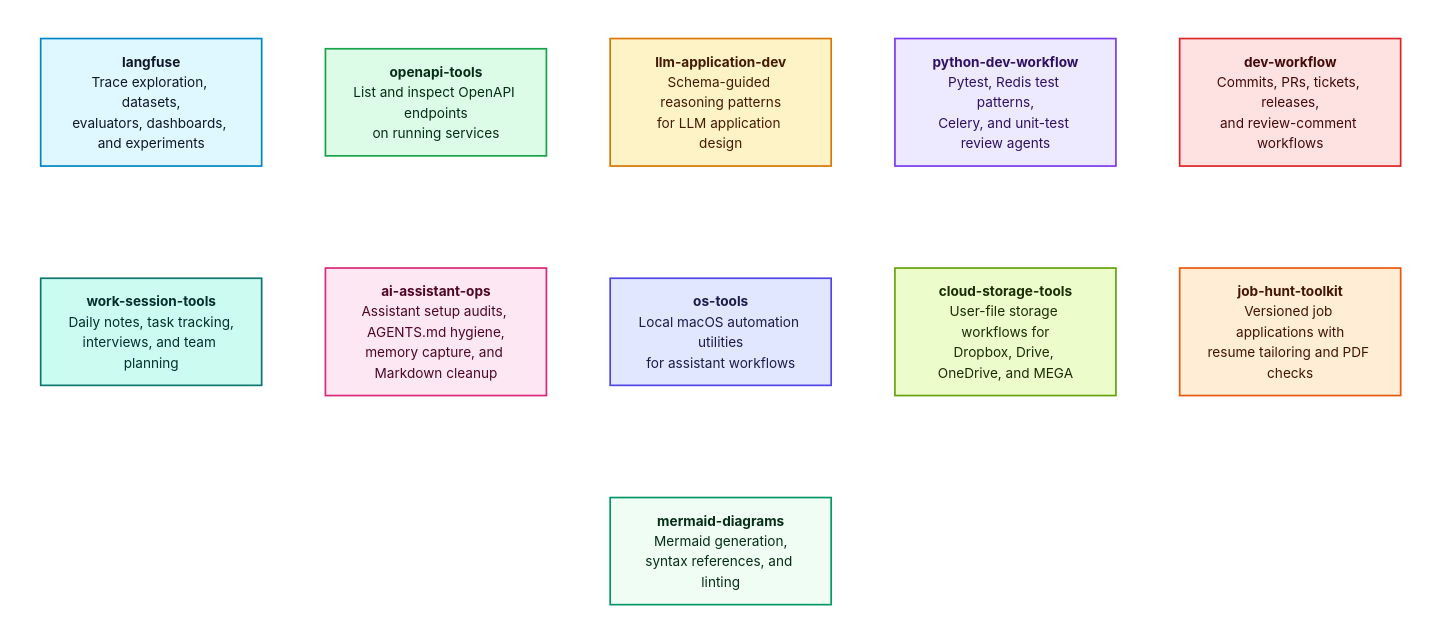
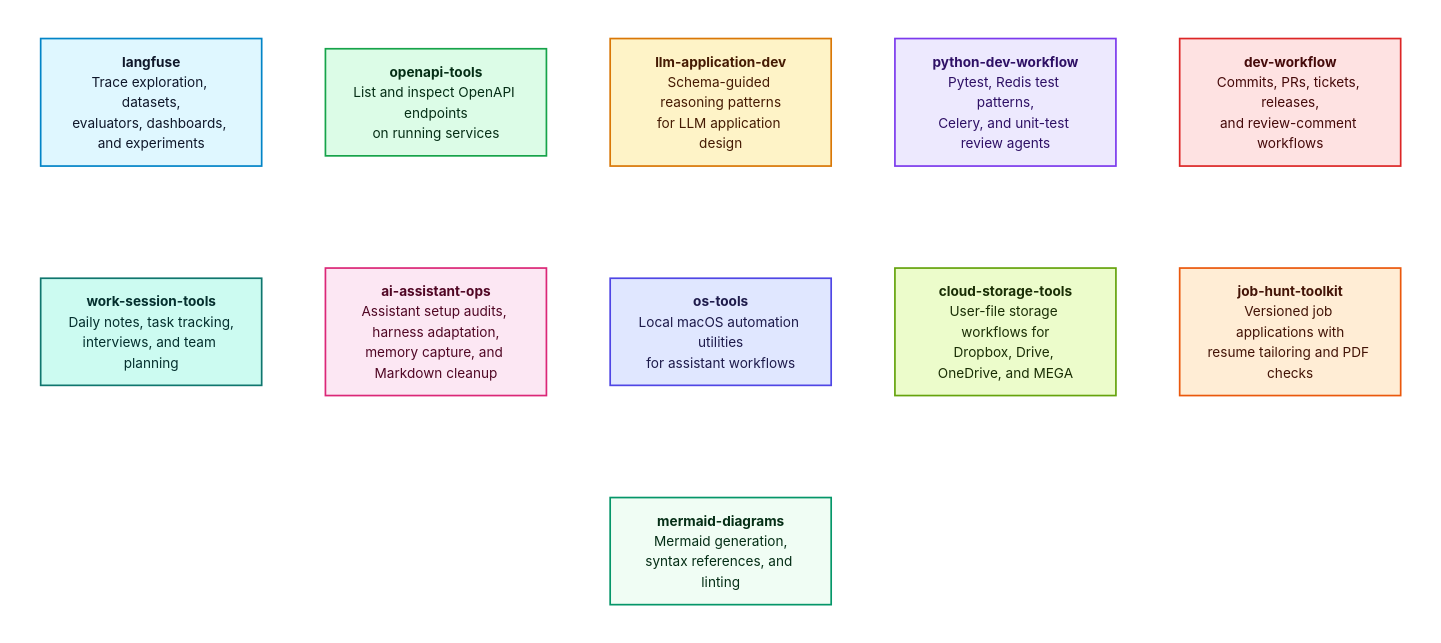
One commit to Alex-Kopylov/zweihander changed the diagram in README.md. Above: the diagram before and after it, drawn with Mermaid. The commit also changed other lines of this file and 12 other files, not shown here.

Commit message:
feat: add AI assistant harness adaptation skill

````diff
--- a/README.md
+++ b/README.md
@@ -82,68 +82,68 @@
 ```mermaid
 flowchart TB
 
 subgraph RowOne[" "]
   direction LR
   Langfuse["`**langfuse**
   Trace exploration, datasets,
   evaluators, dashboards, and experiments`"]:::langfuse
   OpenAPITools["`**openapi-tools**
   List and inspect OpenAPI endpoints
   on running services`"]:::openapi
   LLMApplicationDev["`**llm-application-dev**
   Schema-guided reasoning patterns
   for LLM application design`"]:::llm
   PythonDevWorkflow["`**python-dev-workflow**
   Pytest, Redis test patterns,
   Celery, and unit-test review agents`"]:::python
   DevWorkflow["`**dev-workflow**
   Commits, PRs, tickets, releases,
   and review-comment workflows`"]:::dev
 end
 
 subgraph RowTwo[" "]
   direction LR
   WorkSessionTools["`**work-session-tools**
   Daily notes, task tracking,
   interviews, and team planning`"]:::session
   AIAssistantOps["`**ai-assistant-ops**
-  Assistant setup audits, AGENTS.md hygiene,
+  Assistant setup audits, harness adaptation,
   memory capture, and Markdown cleanup`"]:::ops
   OSTools["`**os-tools**
   Local macOS automation utilities
   for assistant workflows`"]:::os
   CloudStorageTools["`**cloud-storage-tools**
   User-file storage workflows for
   Dropbox, Drive, OneDrive, and MEGA`"]:::storage
   JobHuntToolkit["`**job-hunt-toolkit**
   Versioned job applications with
   resume tailoring and PDF checks`"]:::job
 end
 
 subgraph RowThree[" "]
   direction LR
   MermaidDiagrams["`**mermaid-diagrams**
   Mermaid generation,
   syntax references, and linting`"]:::mermaid
 end
 
 Langfuse ~~~ OpenAPITools ~~~ LLMApplicationDev ~~~ PythonDevWorkflow ~~~ DevWorkflow
 WorkSessionTools ~~~ AIAssistantOps ~~~ OSTools ~~~ CloudStorageTools ~~~ JobHuntToolkit
 RowOne ~~~ RowTwo
 RowTwo ~~~ RowThree
 
 classDef langfuse fill:#dff7ff,stroke:#0284c7,stroke-width:2px,color:#0f172a;
 classDef openapi fill:#dcfce7,stroke:#16a34a,stroke-width:2px,color:#052e16;
 classDef llm fill:#fef3c7,stroke:#d97706,stroke-width:2px,color:#451a03;
 classDef python fill:#ede9fe,stroke:#7c3aed,stroke-width:2px,color:#2e1065;
 classDef dev fill:#fee2e2,stroke:#dc2626,stroke-width:2px,color:#450a0a;
 classDef session fill:#ccfbf1,stroke:#0f766e,stroke-width:2px,color:#042f2e;
 classDef ops fill:#fce7f3,stroke:#db2777,stroke-width:2px,color:#500724;
 classDef os fill:#e0e7ff,stroke:#4f46e5,stroke-width:2px,color:#1e1b4b;
 classDef storage fill:#ecfccb,stroke:#65a30d,stroke-width:2px,color:#1a2e05;
 classDef job fill:#ffedd5,stroke:#ea580c,stroke-width:2px,color:#431407;
 classDef mermaid fill:#f0fdf4,stroke:#059669,stroke-width:2px,color:#052e16;
 style RowOne fill:transparent,stroke:transparent,color:transparent;
 style RowTwo fill:transparent,stroke:transparent,color:transparent;
 style RowThree fill:transparent,stroke:transparent,color:transparent;
 ```
````
